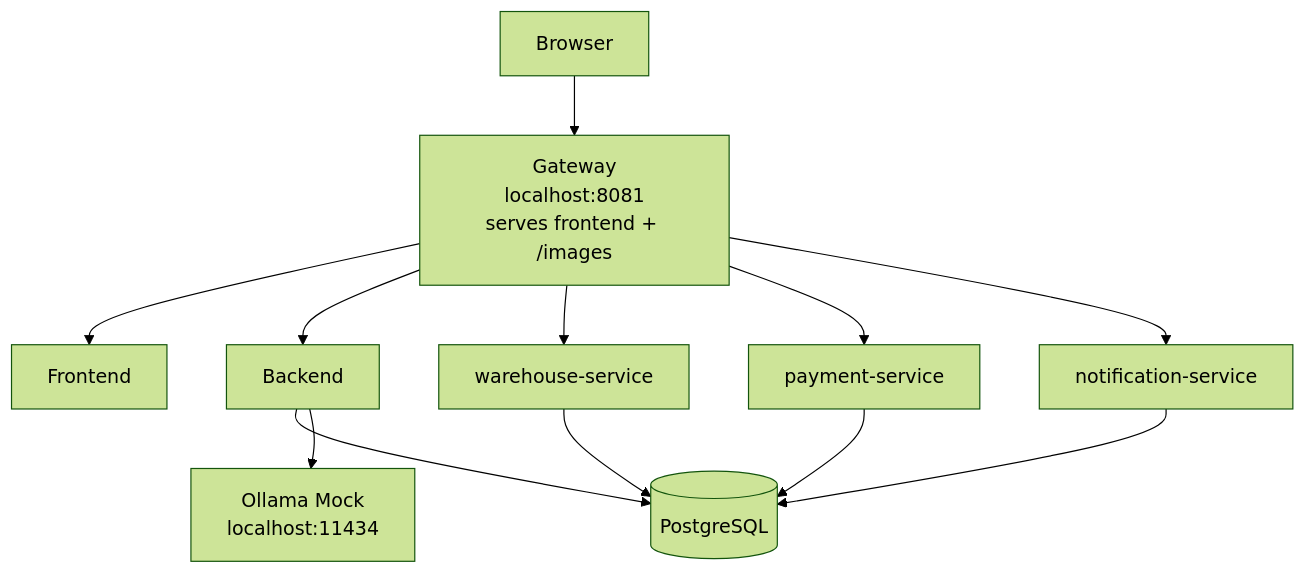
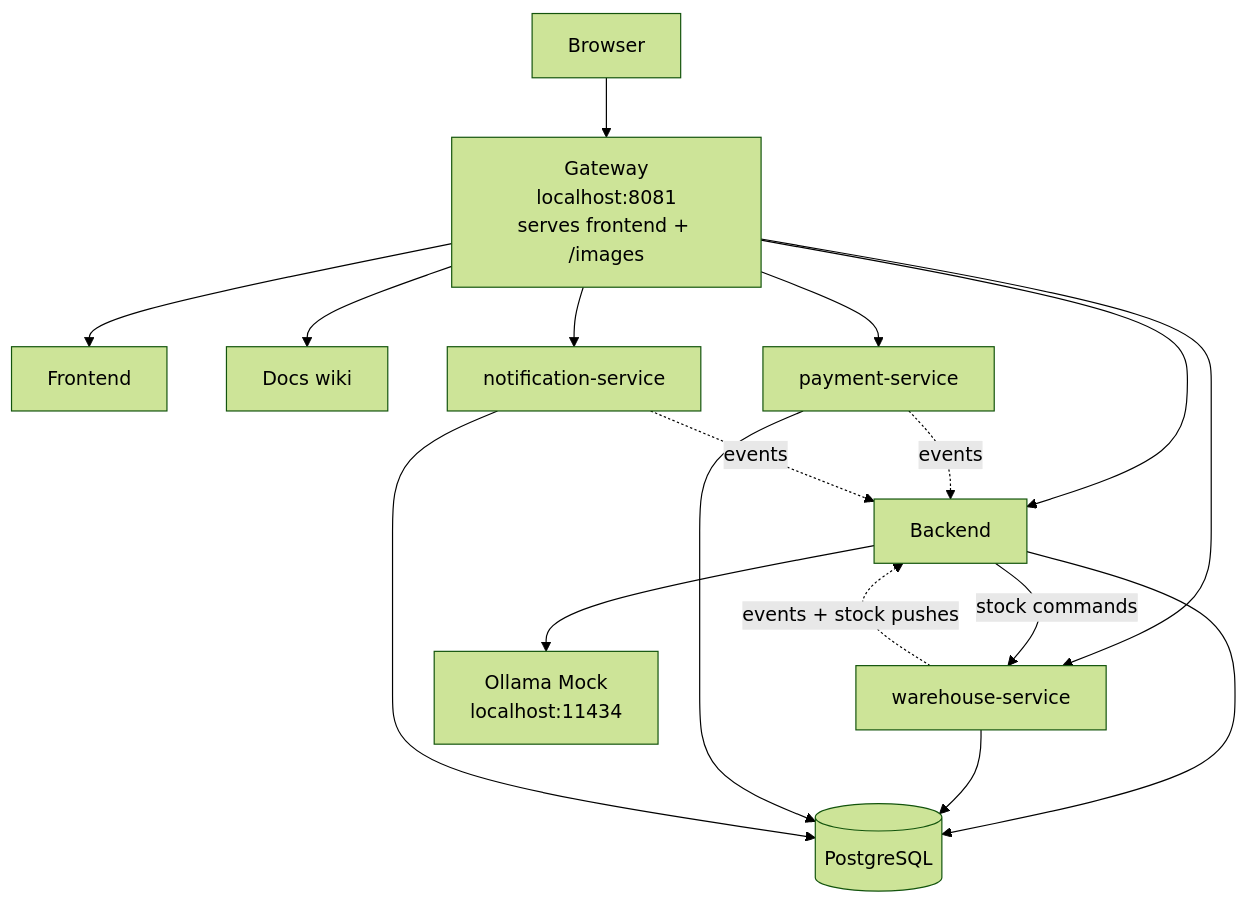
One commit to slawekradzyminski/awesome-localstack changed the diagram in docs/STUDENT_GUIDE.md. Above: the diagram before and after it, drawn with Mermaid (forest theme). The commit also changed other lines of this file, not shown here.

First line of the commit message:
Student guide: docs wiki, warehouse-owned stock, broker option, new chaos exercises

````diff
--- a/docs/STUDENT_GUIDE.md
+++ b/docs/STUDENT_GUIDE.md
@@ -48,14 +50,19 @@
 ```mermaid
 flowchart TB
     U[Browser] --> G[Gateway<br/>localhost:8081<br/>serves frontend + /images]
     G --> F[Frontend]
+    G --> D[Docs wiki]
     G --> B[Backend]
     G --> W[warehouse-service]
     G --> PS[payment-service]
     G --> NS[notification-service]
+    B -- "stock commands" --> W
+    W -. "events + stock pushes" .-> B
+    PS -. "events" .-> B
+    NS -. "events" .-> B
     B --> P[(PostgreSQL)]
     W --> P
     PS --> P
     NS --> P
     B --> O[Ollama Mock<br/>localhost:11434]
 ```
````
